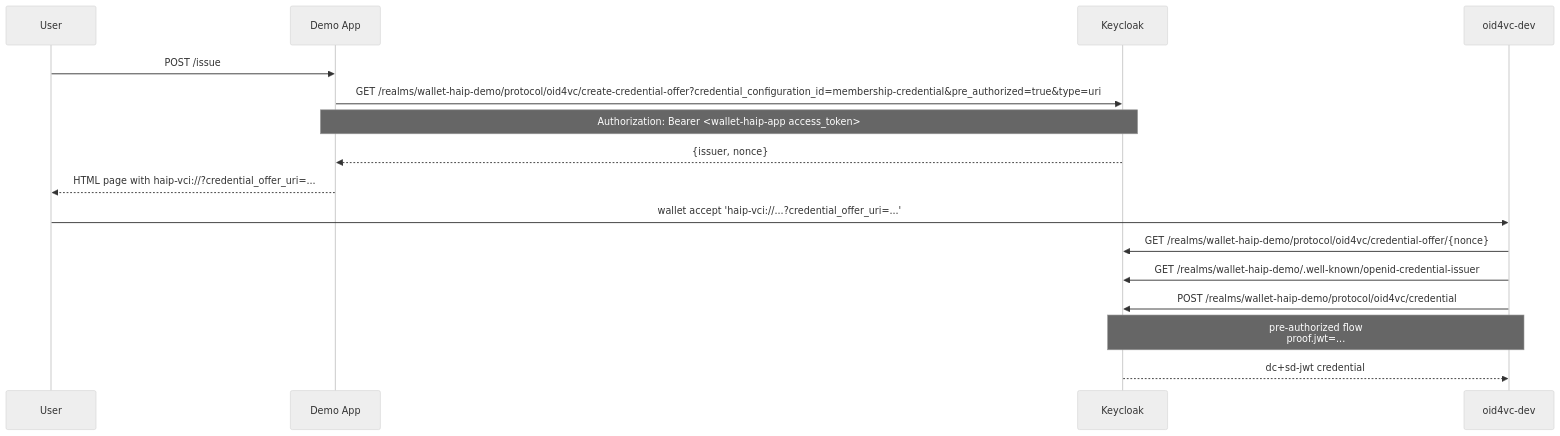
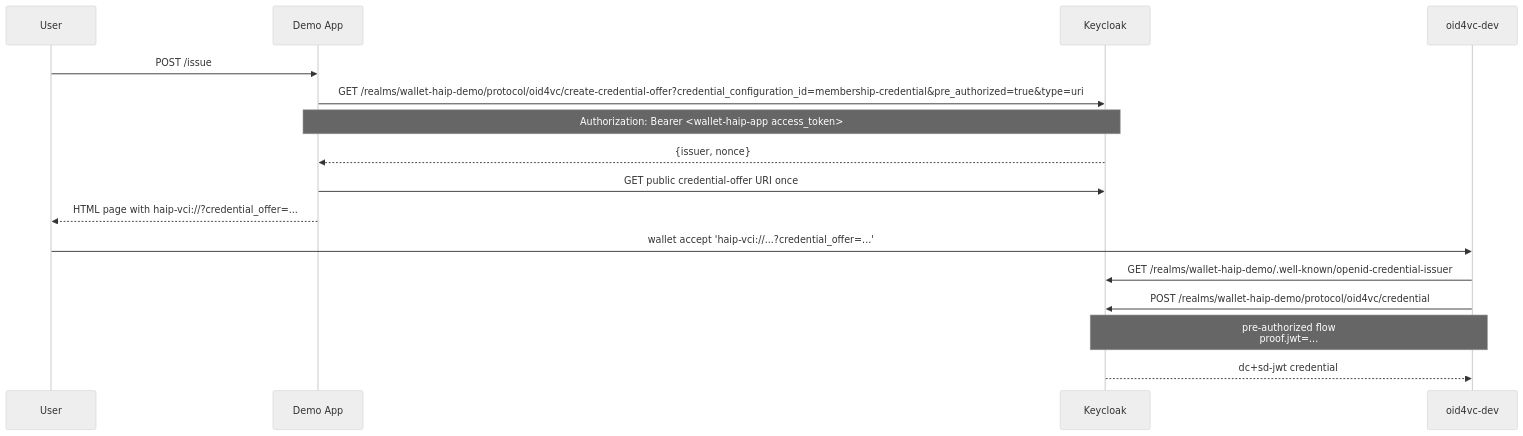
One commit to dominikschlosser/ssi-debugger changed the second of 3 diagrams in examples/keycloak-issuer-verifier-haip-app/README.md. Above: the diagram before and after it, drawn with Mermaid (neutral theme). The commit also changed other lines of this file and 23 other files, not shown here.

````diff
--- a/examples/keycloak-issuer-verifier-haip-app/README.md
+++ b/examples/keycloak-issuer-verifier-haip-app/README.md
@@ -62,20 +62,20 @@
 ```mermaid
 sequenceDiagram
     participant U as User
     participant APP as Demo App
     participant KC as Keycloak
     participant W as oid4vc-dev
 
     U->>APP: POST /issue
     APP->>KC: GET /realms/wallet-haip-demo/protocol/oid4vc/create-credential-offer?credential_configuration_id=membership-credential&pre_authorized=true&type=uri
     Note over APP,KC: Authorization: Bearer <wallet-haip-app access_token>
     KC-->>APP: {issuer, nonce}
-    APP-->>U: HTML page with haip-vci://?credential_offer_uri=...
+    APP->>KC: GET public credential-offer URI once
+    APP-->>U: HTML page with haip-vci://?credential_offer=...
 
-    U->>W: wallet accept 'haip-vci://...?credential_offer_uri=...'
-    W->>KC: GET /realms/wallet-haip-demo/protocol/oid4vc/credential-offer/{nonce}
+    U->>W: wallet accept 'haip-vci://...?credential_offer=...'
     W->>KC: GET /realms/wallet-haip-demo/.well-known/openid-credential-issuer
     W->>KC: POST /realms/wallet-haip-demo/protocol/oid4vc/credential
     Note over W,KC: pre-authorized flow<br/>proof.jwt=...
     KC-->>W: dc+sd-jwt credential
 ```
````
